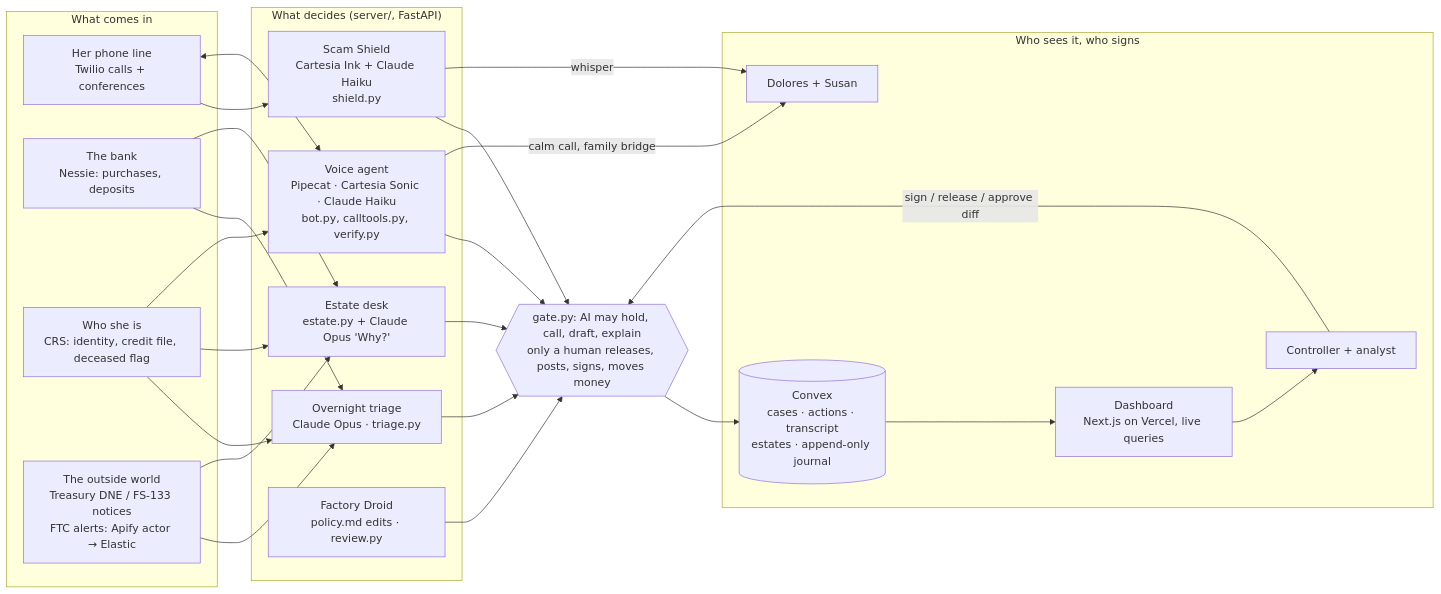
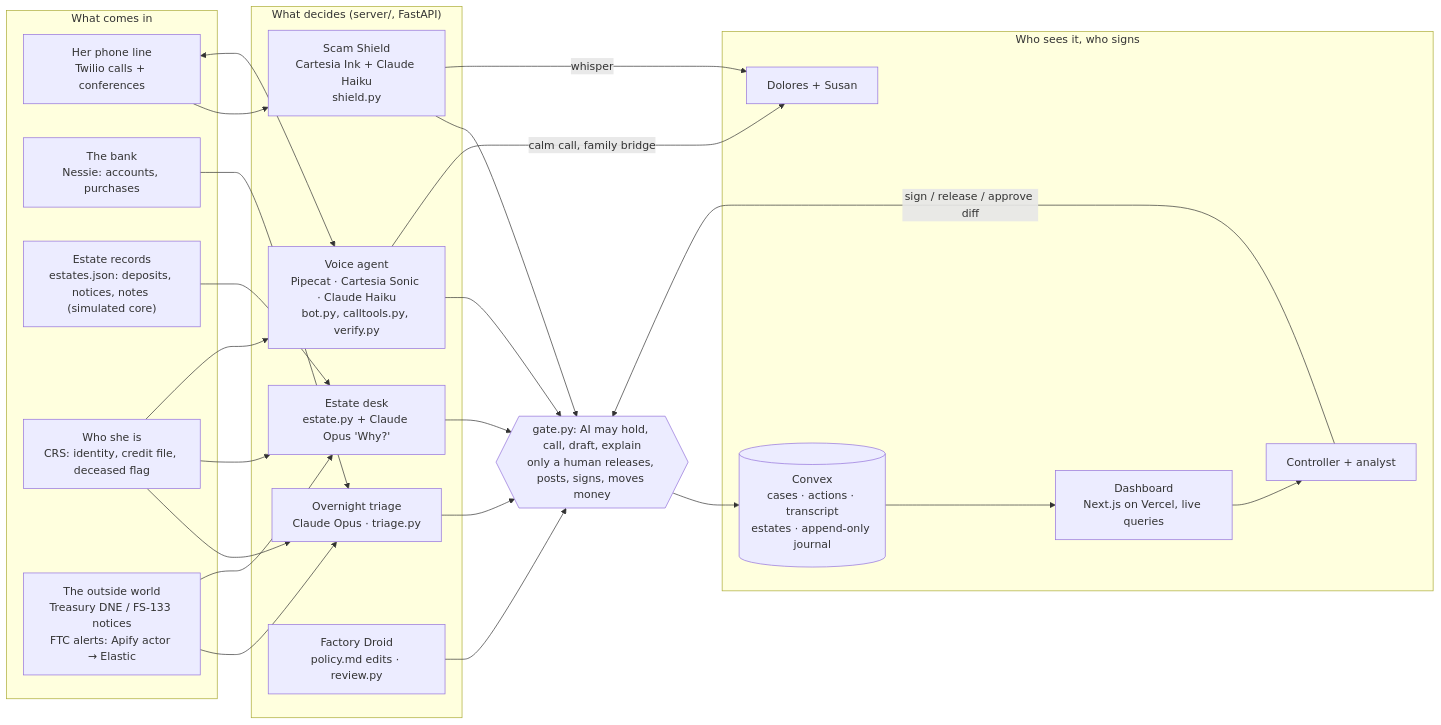
The diagram in docs/ARCHITECTURE.md (UgaTheDev/second-signature), drawn with Mermaid before and after one commit. The commit also changed other lines of this file and 3 other files, not shown here.

First line of the commit message:
Docs: the estate desk reads estates.json, not Nessie; Shield set is 12 scripts

````diff
--- a/docs/ARCHITECTURE.md
+++ b/docs/ARCHITECTURE.md
@@ -3,47 +3,48 @@
 ```mermaid
 flowchart LR
   subgraph In["What comes in"]
     Phone["Her phone line<br/>Twilio calls + conferences"]
-    Nessie["The bank<br/>Nessie: purchases, deposits"]
+    Nessie["The bank<br/>Nessie: accounts, purchases"]
+    Ledger["Estate records<br/>estates.json: deposits, notices, notes (simulated core)"]
     CRS["Who she is<br/>CRS: identity, credit file, deceased flag"]
     World["The outside world<br/>Treasury DNE / FS-133 notices<br/>FTC alerts: Apify actor → Elastic"]
   end
 
   subgraph Decide["What decides (server/, FastAPI)"]
     Shield["Scam Shield<br/>Cartesia Ink + Claude Haiku<br/>shield.py"]
     Estate["Estate desk<br/>estate.py + Claude Opus 'Why?'"]
     Triage["Overnight triage<br/>Claude Opus · triage.py"]
     Voice["Voice agent<br/>Pipecat · Cartesia Sonic · Claude Haiku<br/>bot.py, calltools.py, verify.py"]
     Droid["Factory Droid<br/>policy.md edits · review.py"]
   end
 
   Gate{{"gate.py: AI may hold, call, draft, explain<br/>only a human releases, posts, signs, moves money"}}
 
   subgraph Out["Who sees it, who signs"]
     Convex[("Convex<br/>cases · actions · transcript<br/>estates · append-only journal")]
     Dash["Dashboard<br/>Next.js on Vercel, live queries"]
     Human["Controller + analyst"]
     People["Dolores + Susan"]
   end
 
   Phone --> Shield
   Phone <--> Voice
   Nessie --> Triage
-  Nessie --> Estate
+  Ledger --> Estate
   CRS --> Triage
   CRS --> Estate
   CRS --> Voice
   World --> Triage
   World --> Estate
   Shield --> Gate
   Triage --> Gate
   Estate --> Gate
   Voice --> Gate
   Droid --> Gate
   Gate --> Convex
   Convex --> Dash
   Dash --> Human
   Human -- "sign / release / approve diff" --> Gate
   Shield -- "whisper" --> People
   Voice -- "calm call, family bridge" --> People
 ```
````
